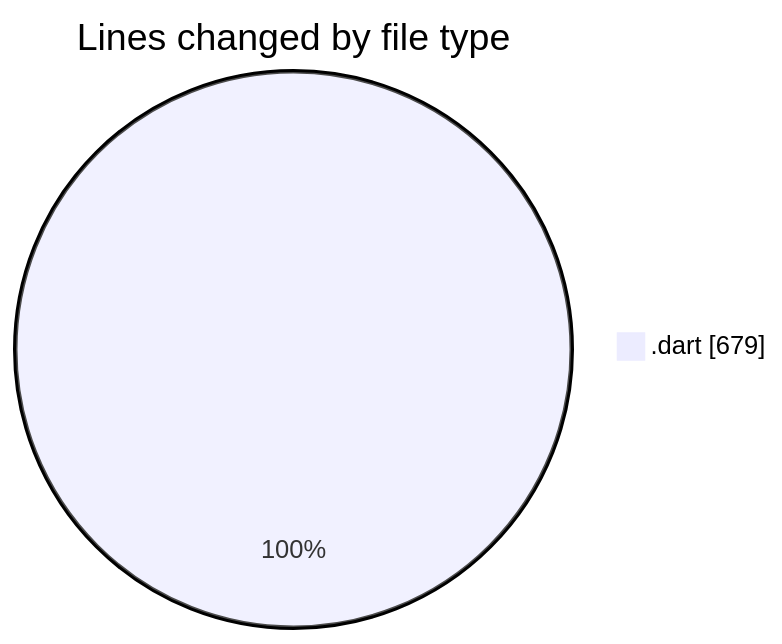
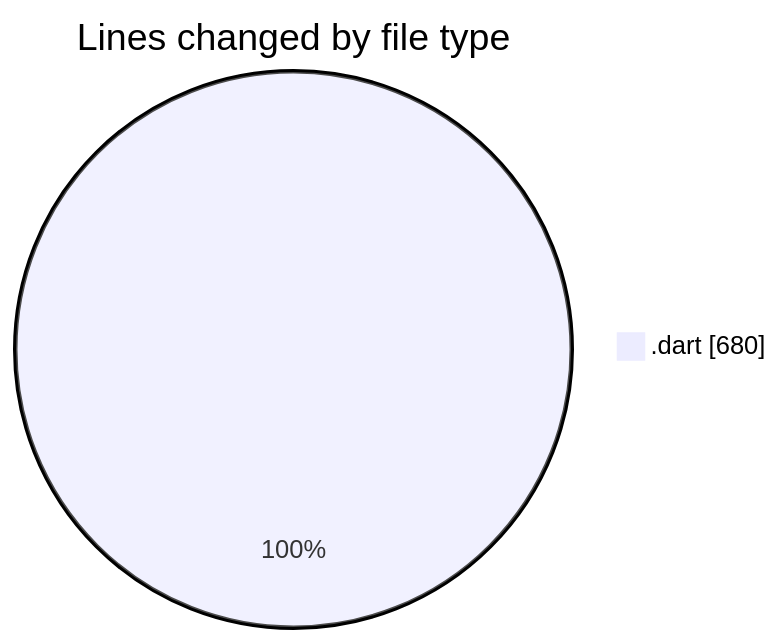
One commit to donsfak/code-tracking changed the first of 2 diagrams in 2025-01-13/trackers_app/README.md. Above: the diagram before and after it, drawn with Mermaid. The commit also changed other lines of this file and 1 other file, not shown here.

````diff
--- a/2025-01-13/trackers_app/README.md
+++ b/2025-01-13/trackers_app/README.md
@@ -24,5 +24,5 @@
 ```mermaid
 pie showData
 title Lines changed by file type
-".dart" : 679
+".dart" : 680
 ```
````
